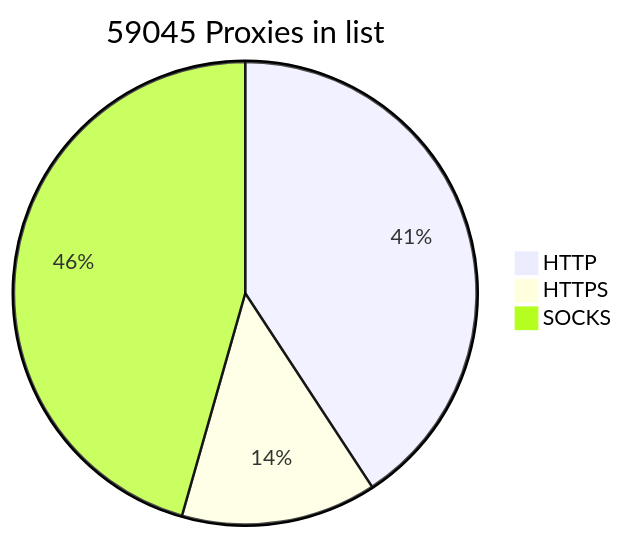
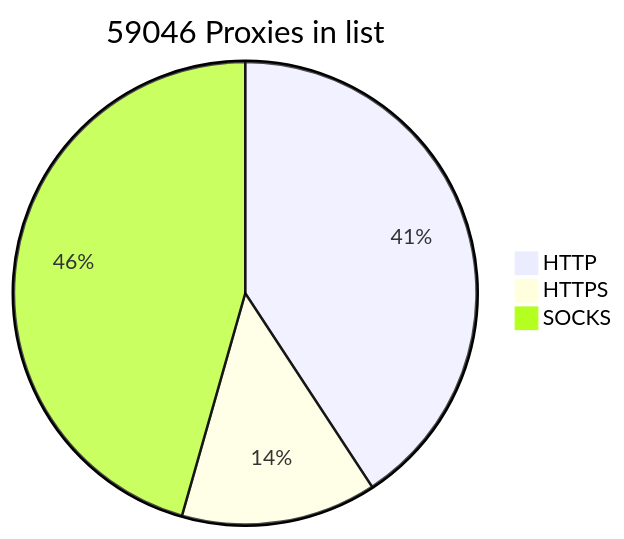
The diagram in README.md (BlackSnowDot/proxylist-update-every-minute), drawn with Mermaid before and after one commit.

````diff
--- a/README.md
+++ b/README.md
@@ -2,6 +2,6 @@
 ```mermaid
-pie title 59045 Proxies in list
+pie title 59046 Proxies in list
     "HTTP" : 27127
-    "HTTPS": 9076
+    "HTTPS": 9077
     "SOCKS" : 30334
 ```
````
